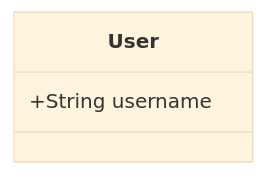
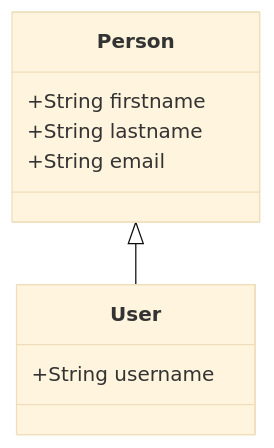
The first of 2 diagrams in database-schema.md (Silberman-Law/documentation-aap), drawn with Mermaid (base theme) before and after one commit.

````diff
--- a/database-schema.md
+++ b/database-schema.md
@@ -1,6 +1,12 @@
 ```mermaid
 classDiagram
+    Person <|-- User
     class User {
         +String username
     }
+    class Person {
+        +String firstname
+        +String lastname
+        +String email
+    }
 ```
````
